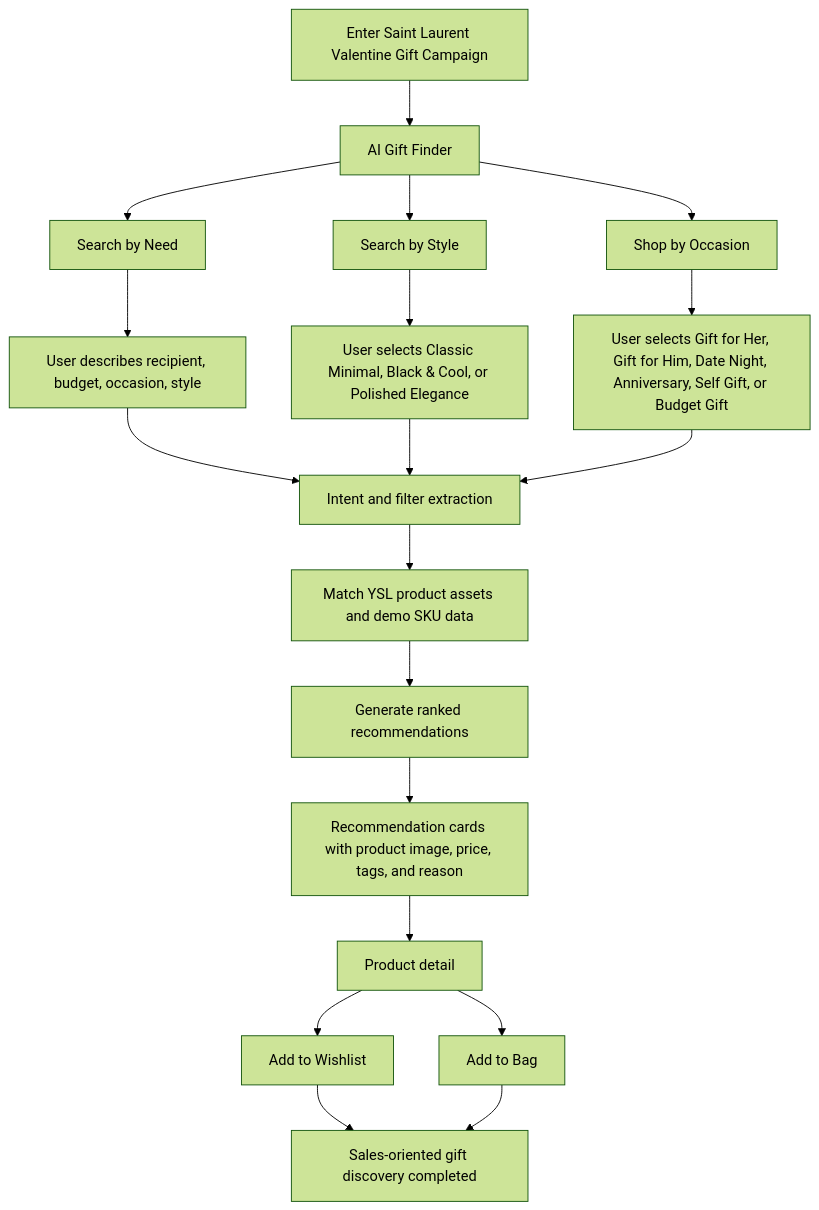
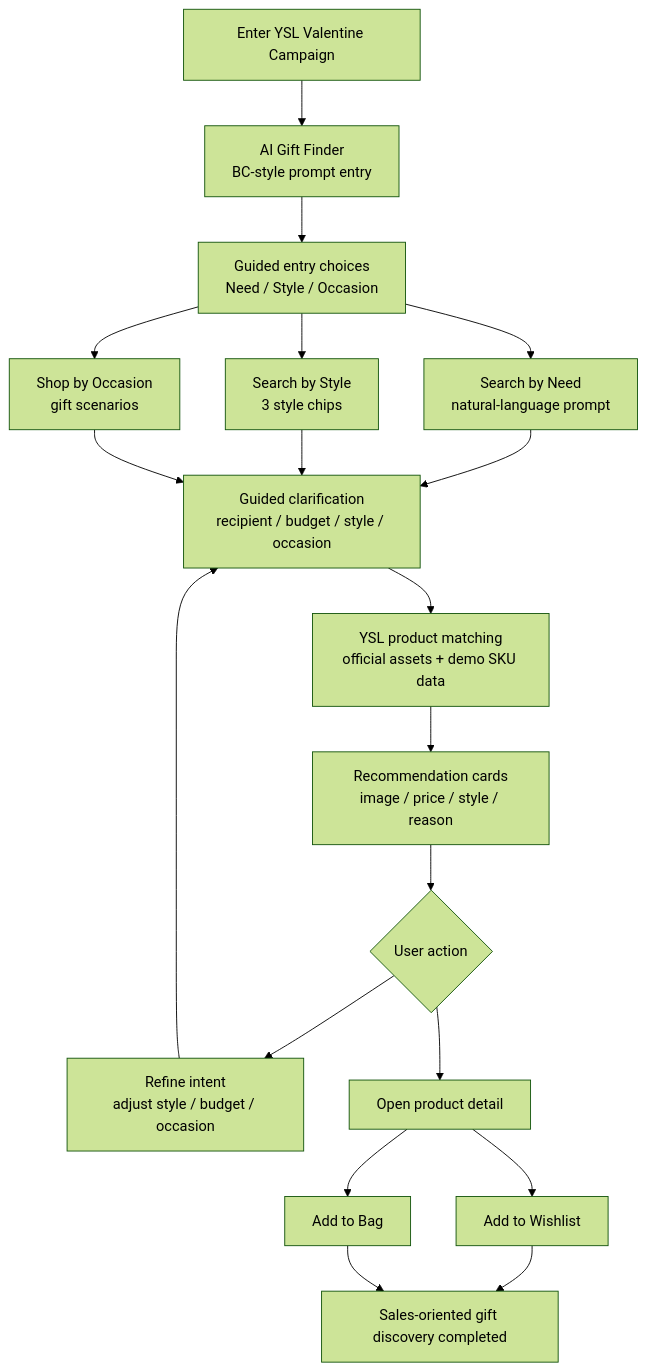
The first of 2 diagrams in PRD.md (AI-TryOn-Project/ysl-campaign), drawn with Mermaid (forest theme) before and after one commit. The commit also changed other lines of this file, not shown here.

Commit message:
Clarify BC-inspired UX in PRD flow

````diff
--- a/PRD.md
+++ b/PRD.md
@@ -192,24 +210,23 @@
 ```mermaid
 flowchart TD
-  A["Enter Saint Laurent Valentine Gift Campaign"] --> B["AI Gift Finder"]
-  B --> C1["Search by Need"]
-  B --> C2["Search by Style"]
-  B --> C3["Shop by Occasion"]
+  A["Enter YSL Valentine Campaign"] --> B["AI Gift Finder<br/>BC-style prompt entry"]
+  B --> C["Guided entry choices<br/>Need / Style / Occasion"]
+  C --> D1["Search by Need<br/>natural-language prompt"]
+  C --> D2["Search by Style<br/>3 style chips"]
+  C --> D3["Shop by Occasion<br/>gift scenarios"]
 
-  C1 --> D1["User describes recipient, budget, occasion, style"]
-  C2 --> D2["User selects Classic Minimal, Black & Cool, or Polished Elegance"]
-  C3 --> D3["User selects Gift for Her, Gift for Him, Date Night, Anniversary, Self Gift, or Budget Gift"]
-
-  D1 --> E["Intent and filter extraction"]
+  D1 --> E["Guided clarification<br/>recipient / budget / style / occasion"]
   D2 --> E
   D3 --> E
 
-  E --> F["Match YSL product assets and demo SKU data"]
-  F --> G["Generate ranked recommendations"]
-  G --> H["Recommendation cards with product image, price, tags, and reason"]
-  H --> I["Product detail"]
-  I --> J1["Add to Wishlist"]
-  I --> J2["Add to Bag"]
-  J1 --> K["Sales-oriented gift discovery completed"]
-  J2 --> K
+  E --> F["YSL product matching<br/>official assets + demo SKU data"]
+  F --> G["Recommendation cards<br/>image / price / style / reason"]
+  G --> H{"User action"}
+  H --> I["Refine intent<br/>adjust style / budget / occasion"]
+  I --> E
+  H --> J["Open product detail"]
+  J --> K1["Add to Wishlist"]
+  J --> K2["Add to Bag"]
+  K1 --> L["Sales-oriented gift discovery completed"]
+  K2 --> L
 ```
````
